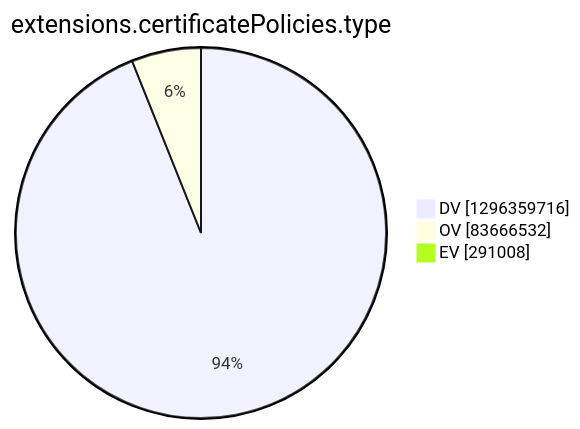
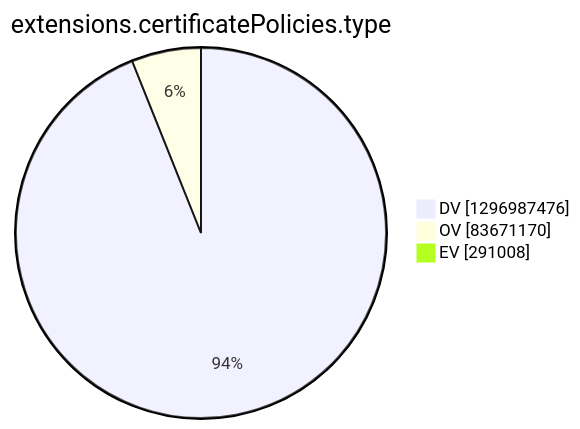
Before and after one commit to christiankrug/ctmonitor_visualization: the tenth of 15 diagrams in argon2022/README.md, drawn with Mermaid. The commit also changed other lines of this file, not shown here.

````diff
--- a/argon2022/README.md
+++ b/argon2022/README.md
@@ -2772,7 +2772,7 @@
 ```mermaid
 pie showData
 title extensions.certificatePolicies.type
-"DV" :1296359716
-"OV" :83666532
+"DV" :1296987476
+"OV" :83671170
 "EV" :291008
 ```
````
